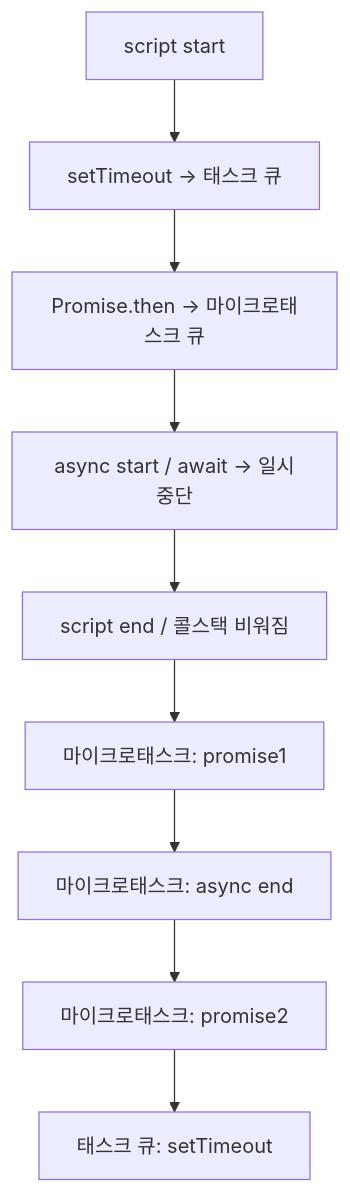
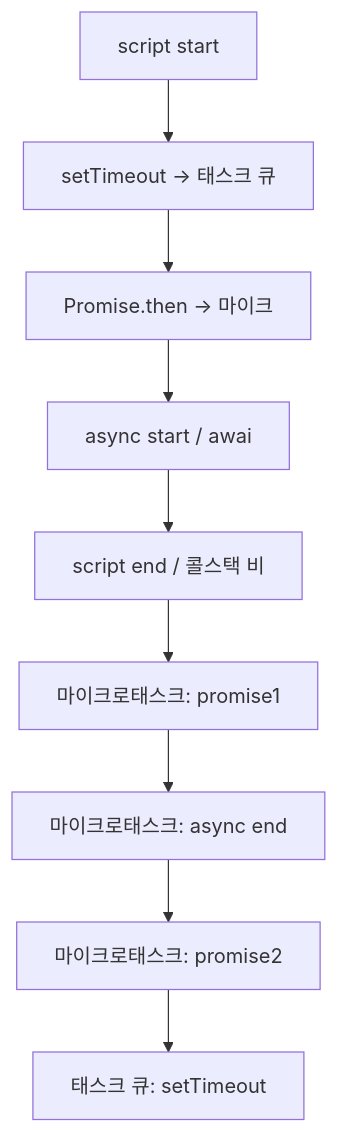
One commit to yjkim2015/yjkim2015.github.io changed the tenth of 13 diagrams in _posts/frontend/2026-05-02-js-event-loop.md. Above: the diagram before and after it, drawn with Mermaid. The commit also changed other lines of this file and 271 other files, not shown here.

First line of the commit message:
Mermaid 라벨 축소: 긴 노드 텍스트 18자 이하로 트림 + \n 제거

````diff
--- a/_posts/frontend/2026-05-02-js-event-loop.md
+++ b/_posts/frontend/2026-05-02-js-event-loop.md
@@ -340,11 +340,11 @@
 ```mermaid
 flowchart TD
     A["script start"] --> B["setTimeout → 태스크 큐"]
-    B --> C["Promise.then → 마이크로태스크 큐"]
-    C --> D["async start / await → 일시중단"]
-    D --> E["script end / 콜스택 비워짐"]
+    B --> C["Promise.then → 마이크"]
+    C --> D["async start / awai"]
+    D --> E["script end / 콜스택 비"]
     E --> F["마이크로태스크: promise1"]
     F --> G["마이크로태스크: async end"]
     G --> H["마이크로태스크: promise2"]
     H --> I["태스크 큐: setTimeout"]
 ```
````
